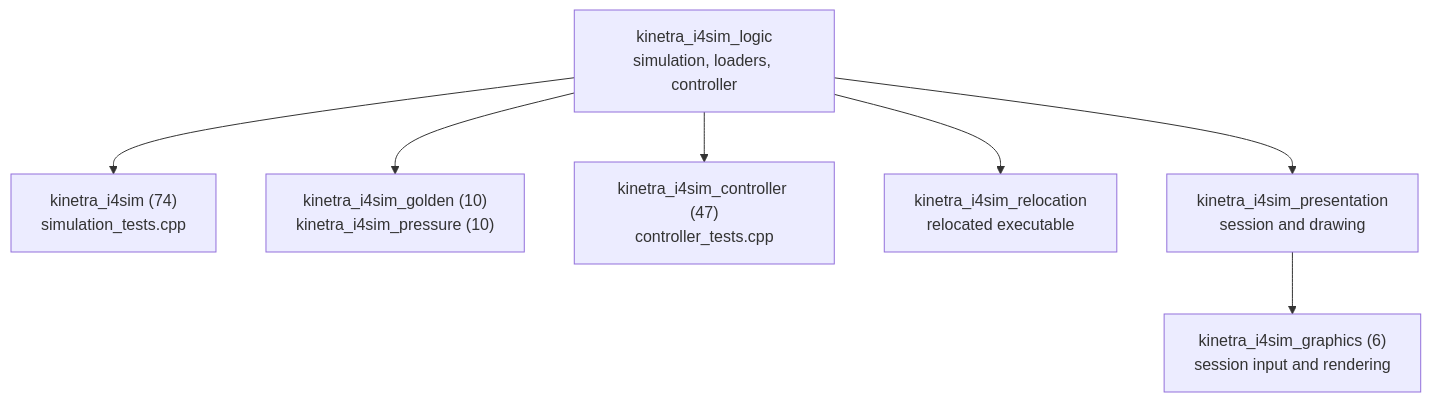
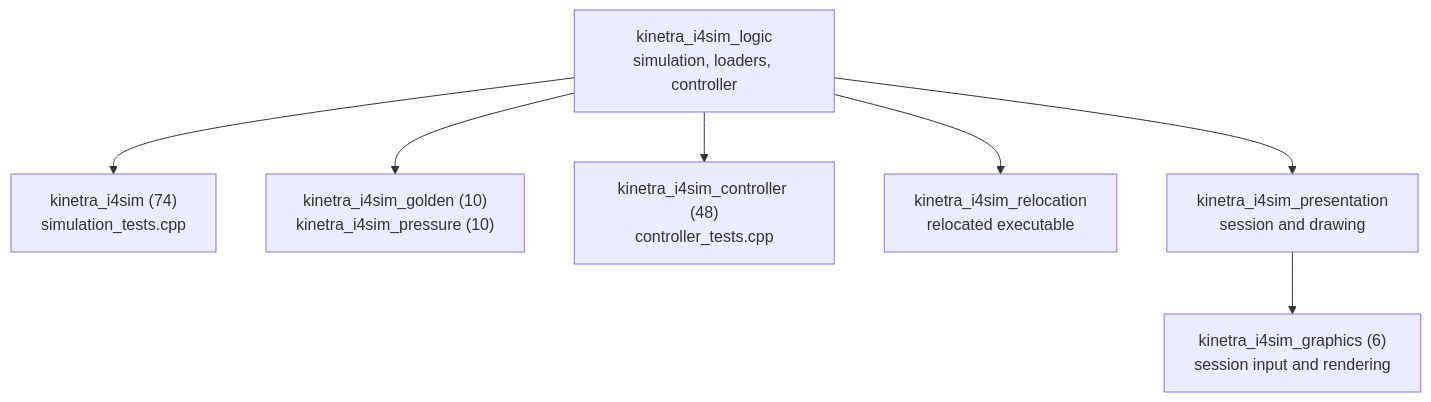
The diagram in labs/i4sim/tests/README.md (SMB-M87/Kinetra-Lab), drawn with Mermaid before and after one commit. The commit also changed other lines of this file and 2 other files, not shown here.

First line of the commit message:
docs(i4sim): address review: the SHOWCASE page without Space, the blocked-exit steps, round 1

````diff
--- a/labs/i4sim/tests/README.md
+++ b/labs/i4sim/tests/README.md
@@ -24,9 +24,9 @@
 ```mermaid
 flowchart TD
     Logic["kinetra_i4sim_logic<br/>simulation, loaders, controller"] --> Sim["kinetra_i4sim (74)<br/>simulation_tests.cpp"]
     Logic --> Golden["kinetra_i4sim_golden (10)<br/>kinetra_i4sim_pressure (10)"]
-    Logic --> Controller["kinetra_i4sim_controller (47)<br/>controller_tests.cpp"]
+    Logic --> Controller["kinetra_i4sim_controller (48)<br/>controller_tests.cpp"]
     Logic --> Relocation["kinetra_i4sim_relocation<br/>relocated executable"]
     Presentation["kinetra_i4sim_presentation<br/>session and drawing"] --> Graphics["kinetra_i4sim_graphics (6)<br/>session input and rendering"]
     Logic --> Presentation
 ```
````
